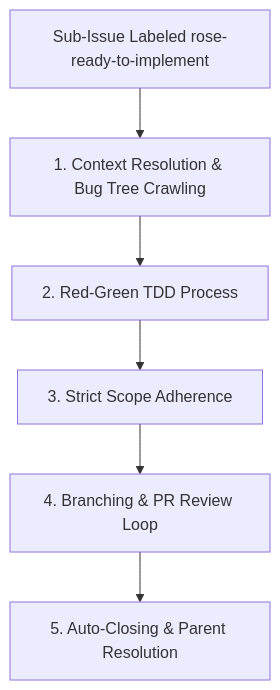
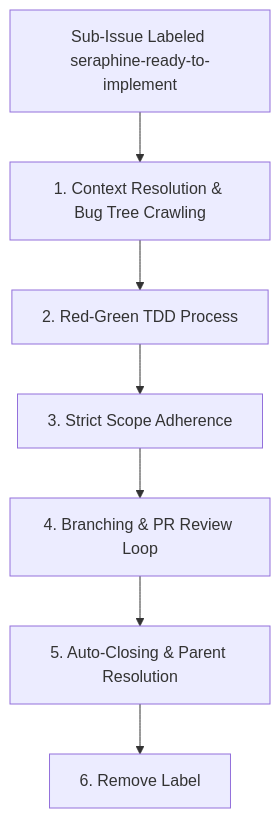
Before and after one commit to brotherlogic/rose: the diagram in .agent/workflows/seraphine-ready-to-implement.md, drawn with Mermaid. The commit also changed other lines of this file and 6 other files, not shown here.

````diff
--- a/.agent/workflows/seraphine-ready-to-implement.md
+++ b/.agent/workflows/seraphine-ready-to-implement.md
@@ -7,8 +7,9 @@
 ```mermaid
 graph TD
-    A[Sub-Issue Labeled rose-ready-to-implement] --> B[1. Context Resolution & Bug Tree Crawling]
+    A[Sub-Issue Labeled seraphine-ready-to-implement] --> B[1. Context Resolution & Bug Tree Crawling]
     B --> C[2. Red-Green TDD Process]
     C --> D[3. Strict Scope Adherence]
     D --> E[4. Branching & PR Review Loop]
     E --> F[5. Auto-Closing & Parent Resolution]
+    F --> G[6. Remove Label]
 ```
````
